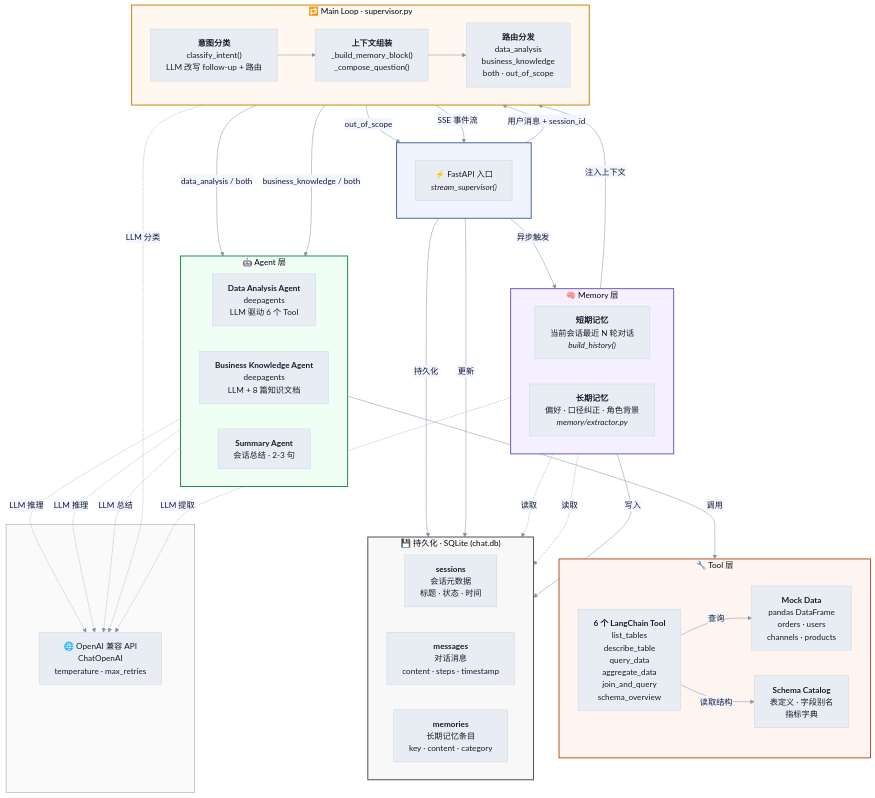
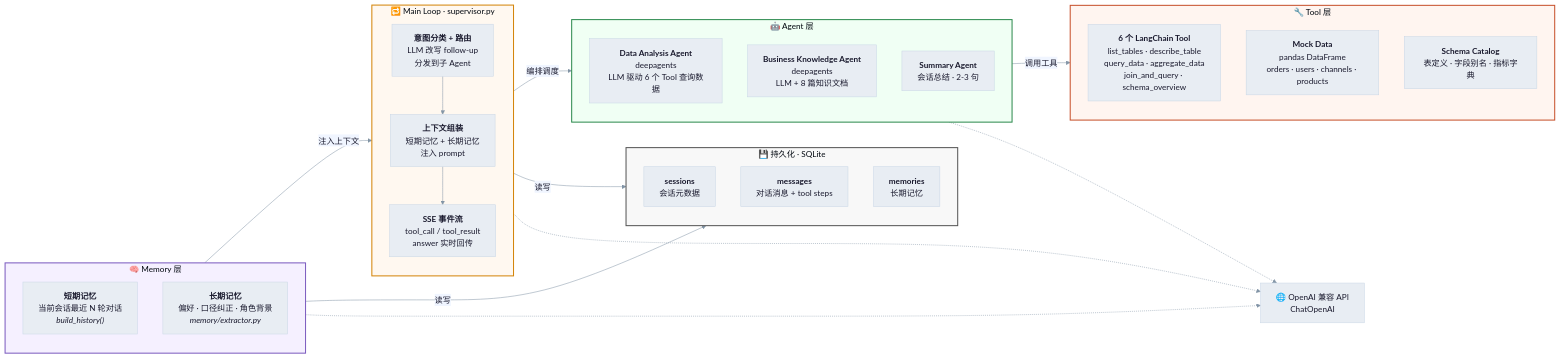
The diagram in README.md (angela454910-lab/data-agent-chat), drawn with Mermaid before and after one commit.

Commit message:
docs(readme): refactor system architecture diagram
Simplify the Mermaid flowchart by transitioning from a top-down (TB)
to a left-to-right (LR) layout and consolidating subgraphs.

- Reorganize the main loop to highlight the orchestration flow:
  intent classification, context assembly, and SSE event streaming.
- Streamline the memory, agent, tool, and storage subgraphs into
  vertical layouts for better readability.
- Reduce verbosity in node descriptions to improve diagram clarity.

````diff
--- a/README.md
+++ b/README.md
@@ -9,82 +9,55 @@
 ```mermaid
 %%{init: {'theme': 'base', 'themeVariables': { 'primaryColor': '#e8edf3', 'primaryTextColor': '#1a1a2e', 'primaryBorderColor': '#c8d6e5', 'lineColor': '#8395a7', 'secondaryColor': '#f0f5ff', 'tertiaryColor': '#fff8f0'}}}%%
-flowchart TB
-    subgraph Entry[" "]
-        FastAPI["⚡ FastAPI 入口<br/><i>stream_supervisor()</i>"]
+flowchart LR
+    subgraph MainLoop["🔁 Main Loop · supervisor.py"]
+        direction TB
+        M1["<b>意图分类 + 路由</b><br/>LLM 改写 follow-up<br/>分发到子 Agent"]
+        M2["<b>上下文组装</b><br/>短期记忆 + 长期记忆<br/>注入 prompt"]
+        M3["<b>SSE 事件流</b><br/>tool_call / tool_result<br/>answer 实时回传"]
+        M1 --> M2 --> M3
     end
 
     subgraph Memory["🧠 Memory 层"]
-        direction LR
-        ShortTerm["<b>短期记忆</b><br/>当前会话最近 N 轮对话<br/><i>build_history()</i>"]
-        LongTerm["<b>长期记忆</b><br/>偏好 · 口径纠正 · 角色背景<br/><i>memory/extractor.py</i>"]
-    end
-
-    subgraph MainLoop["🔁 Main Loop · supervisor.py"]
-        direction LR
-        Intent["<b>意图分类</b><br/>classify_intent()<br/>LLM 改写 follow-up + 路由"]
-        Context["<b>上下文组装</b><br/>_build_memory_block()<br/>_compose_question()"]
-        Dispatch["<b>路由分发</b><br/>data_analysis<br/>business_knowledge<br/>both · out_of_scope"]
+        direction TB
+        N1["<b>短期记忆</b><br/>当前会话最近 N 轮对话<br/><i>build_history()</i>"]
+        N2["<b>长期记忆</b><br/>偏好 · 口径纠正 · 角色背景<br/><i>memory/extractor.py</i>"]
     end
 
     subgraph Agent["🤖 Agent 层"]
-        direction LR
-        DA["<b>Data Analysis Agent</b><br/>deepagents<br/>LLM 驱动 6 个 Tool"]
-        BK["<b>Business Knowledge Agent</b><br/>deepagents<br/>LLM + 8 篇知识文档"]
-        Summary["<b>Summary Agent</b><br/>会话总结 · 2-3 句"]
+        direction TB
+        A1["<b>Data Analysis Agent</b><br/>deepagents<br/>LLM 驱动 6 个 Tool 查询数据"]
+        A2["<b>Business Knowledge Agent</b><br/>deepagents<br/>LLM + 8 篇知识文档"]
+        A3["<b>Summary Agent</b><br/>会话总结 · 2-3 句"]
     end
 
     subgraph Tool["🔧 Tool 层"]
-        direction LR
-        Tools["<b>6 个 LangChain Tool</b><br/>list_tables<br/>describe_table<br/>query_data<br/>aggregate_data<br/>join_and_query<br/>schema_overview"]
-        Data["<b>Mock Data</b><br/>pandas DataFrame<br/>orders · users<br/>channels · products"]
-        Schema["<b>Schema Catalog</b><br/>表定义 · 字段别名<br/>指标字典"]
+        direction TB
+        T1["<b>6 个 LangChain Tool</b><br/>list_tables · describe_table<br/>query_data · aggregate_data<br/>join_and_query · schema_overview"]
+        T2["<b>Mock Data</b><br/>pandas DataFrame<br/>orders · users · channels · products"]
+        T3["<b>Schema Catalog</b><br/>表定义 · 字段别名 · 指标字典"]
     end
 
-    subgraph Store["💾 持久化 · SQLite (chat.db)"]
-        direction LR
-        Sessions["<b>sessions</b><br/>会话元数据<br/>标题 · 状态 · 时间"]
-        Messages["<b>messages</b><br/>对话消息<br/>content · steps · timestamp"]
-        Memories["<b>memories</b><br/>长期记忆条目<br/>key · content · category"]
+    subgraph Store["💾 持久化 · SQLite"]
+        direction TB
+        S1["<b>sessions</b><br/>会话元数据"]
+        S2["<b>messages</b><br/>对话消息 + tool steps"]
+        S3["<b>memories</b><br/>长期记忆"]
     end
 
-    subgraph External[" "]
-        LLM["🌐 OpenAI 兼容 API<br/>ChatOpenAI<br/>temperature · max_retries"]
-    end
+    LLM["🌐 OpenAI 兼容 API<br/>ChatOpenAI"]
 
-    Entry -->|"用户消息 + session_id"| MainLoop
-    ShortTerm -.->|"读取"| Messages
-    LongTerm -.->|"读取"| Memories
+    MainLoop -->|"编排调度"| Agent
     Memory -->|"注入上下文"| MainLoop
+    Agent -->|"调用工具"| Tool
+    MainLoop -->|"读写"| Store
+    Memory -->|"读写"| Store
+    MainLoop -.-> LLM
+    Agent -.-> LLM
+    Memory -.-> LLM
 
-    Intent --> Context
-    Context --> Dispatch
-
-    Dispatch -->|"data_analysis / both"| DA
-    Dispatch -->|"business_knowledge / both"| BK
-    Dispatch -->|"out_of_scope"| Entry
-
-    DA -->|"调用"| Tools
-    Tools -->|"查询"| Data
-    Tools -->|"读取结构"| Schema
-
-    DA -.->|"LLM 推理"| LLM
-    BK -.->|"LLM 推理"| LLM
-    Intent -.->|"LLM 分类"| LLM
-    Summary -.->|"LLM 总结"| LLM
-
-    MainLoop -->|"SSE 事件流"| Entry
-    Entry -->|"持久化"| Messages
-    Entry -->|"更新"| Sessions
-
-    Entry -->|"异步触发"| LongTerm
-    LongTerm -.->|"LLM 提取"| LLM
-    LongTerm -->|"写入"| Memories
-
-    style Entry fill:#f0f4ff,stroke:#4a6fa5,stroke-width:2px
+    style MainLoop fill:#fff8f0,stroke:#d4850a,stroke-width:2px
     style Memory fill:#f5f0ff,stroke:#7c5cbf,stroke-width:2px
-    style MainLoop fill:#fff8f0,stroke:#d4850a,stroke-width:2px
     style Agent fill:#f0fff4,stroke:#2d8a4e,stroke-width:2px
     style Tool fill:#fff5f0,stroke:#c7502b,stroke-width:2px
     style Store fill:#f8f8f8,stroke:#555,stroke-width:2px
-    style External fill:#fafafa,stroke:#999,stroke-width:1px
 ```
````
